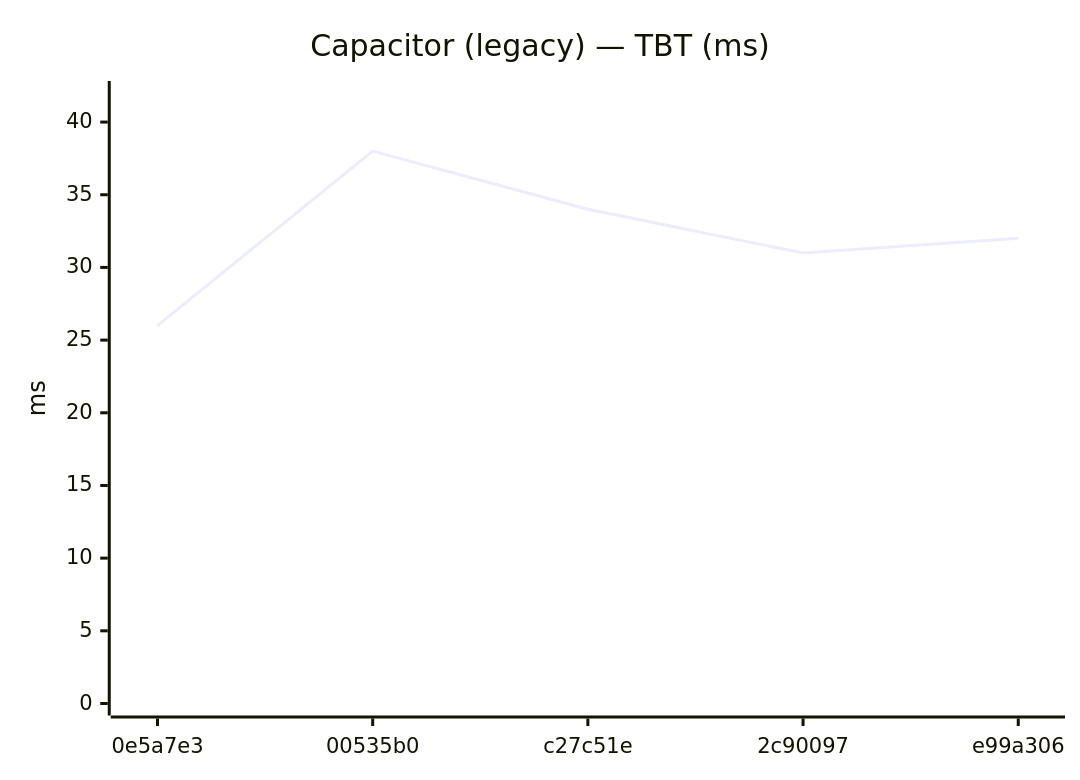
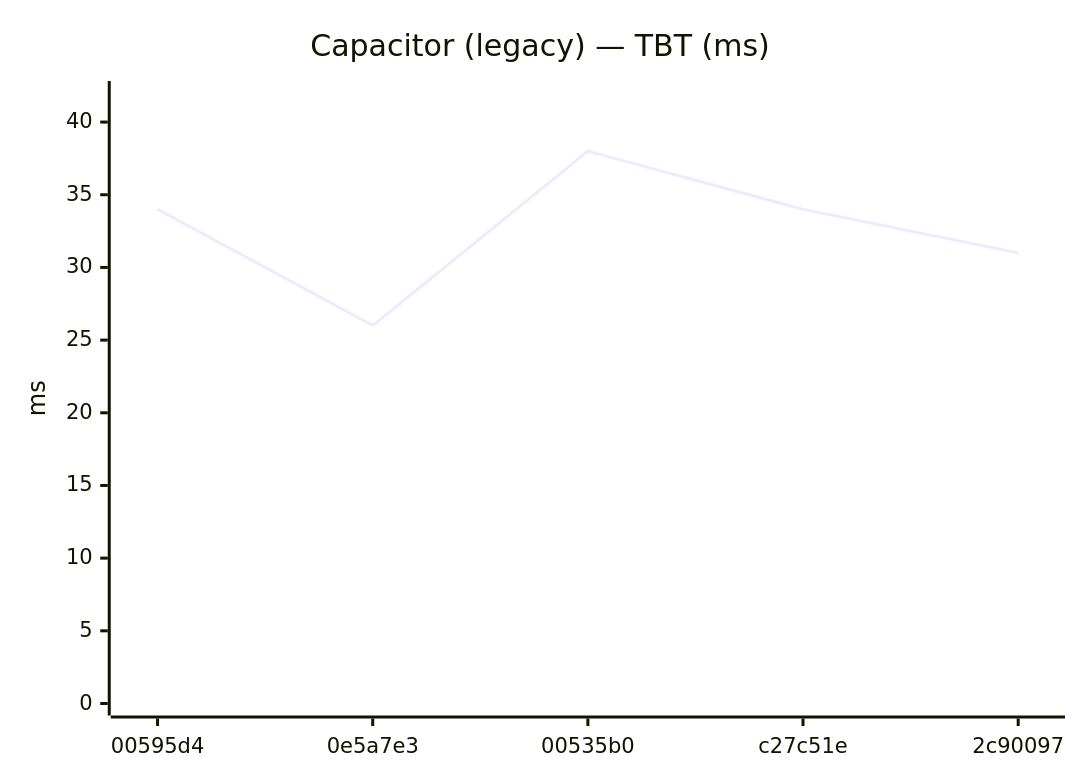
Before and after one commit to Metaheurist/Rianell: diagram 14 of 24 in benchmarks/compare.md, drawn with Mermaid. The commit also changed other lines of this file and 12 other files, not shown here.

````diff
--- a/benchmarks/compare.md
+++ b/benchmarks/compare.md
@@ -185,7 +189,7 @@
 ```mermaid
 xychart-beta
     title "Capacitor (legacy) — TBT (ms)"
-    x-axis ["0e5a7e3", "00535b0", "c27c51e", "2c90097", "e99a306"]
+    x-axis ["00595d4", "0e5a7e3", "00535b0", "c27c51e", "2c90097"]
     y-axis "ms" 0 --> 42
-    line [26, 38, 34, 31, 32]
+    line [34, 26, 38, 34, 31]
 ```
````
